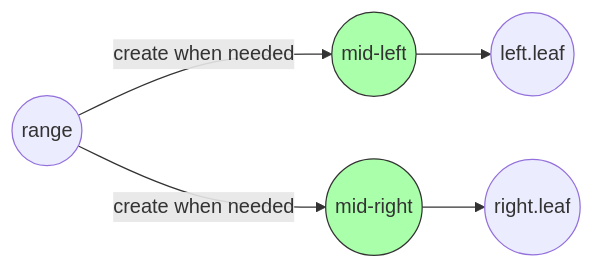
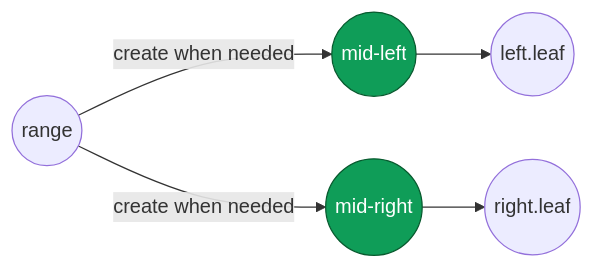
One commit to Vadim-Khristenko/Tedu_Notes changed the fifth of 5 diagrams in Parallel_B/041025.md. Above: the diagram before and after it, drawn with Mermaid. The commit also changed other lines of this file, not shown here.

Commit message:
Попытка пофиксить схемы

````diff
--- a/Parallel_B/041025.md
+++ b/Parallel_B/041025.md
@@ -551,9 +575,9 @@
 ```mermaid
 graph LR
   Root((range)) -->|create when needed| A((mid-left))
   Root -->|create when needed| B((mid-right))
   A --> C((left.leaf))
   B --> D((right.leaf))
-  classDef created fill:#afa,stroke:#333
+  classDef created fill:#0f9d58,stroke:#075a2e,color:#ffffff
   class A,B created
 ```
````
